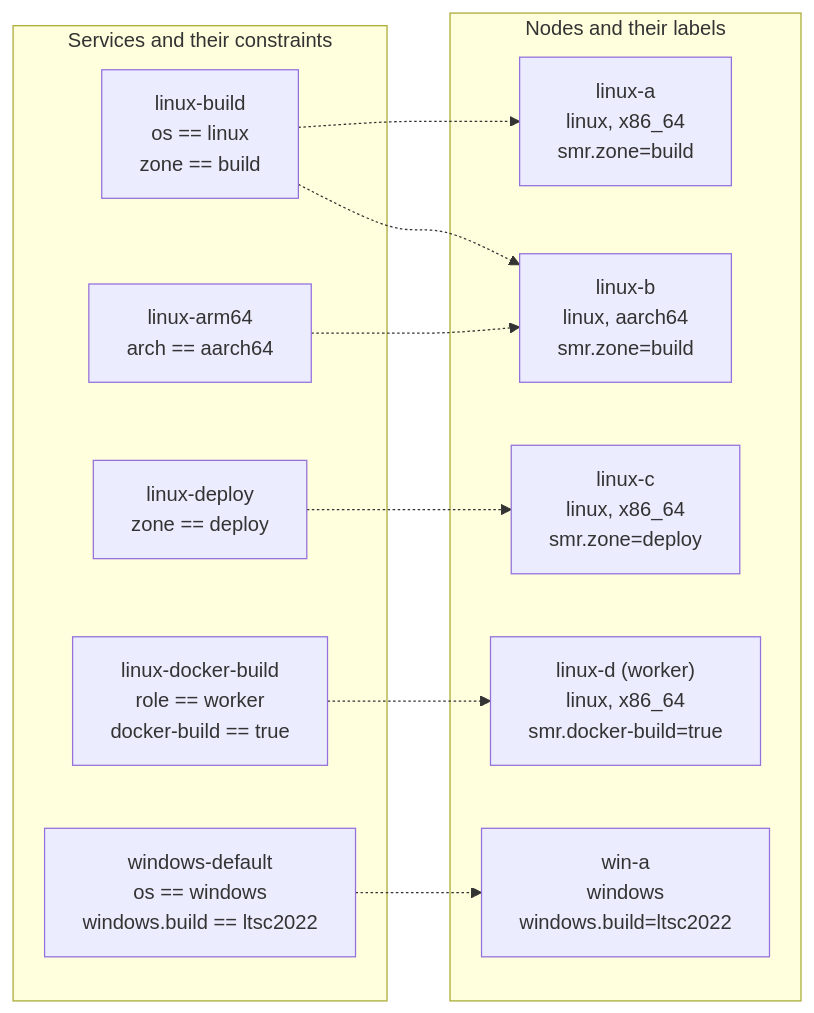
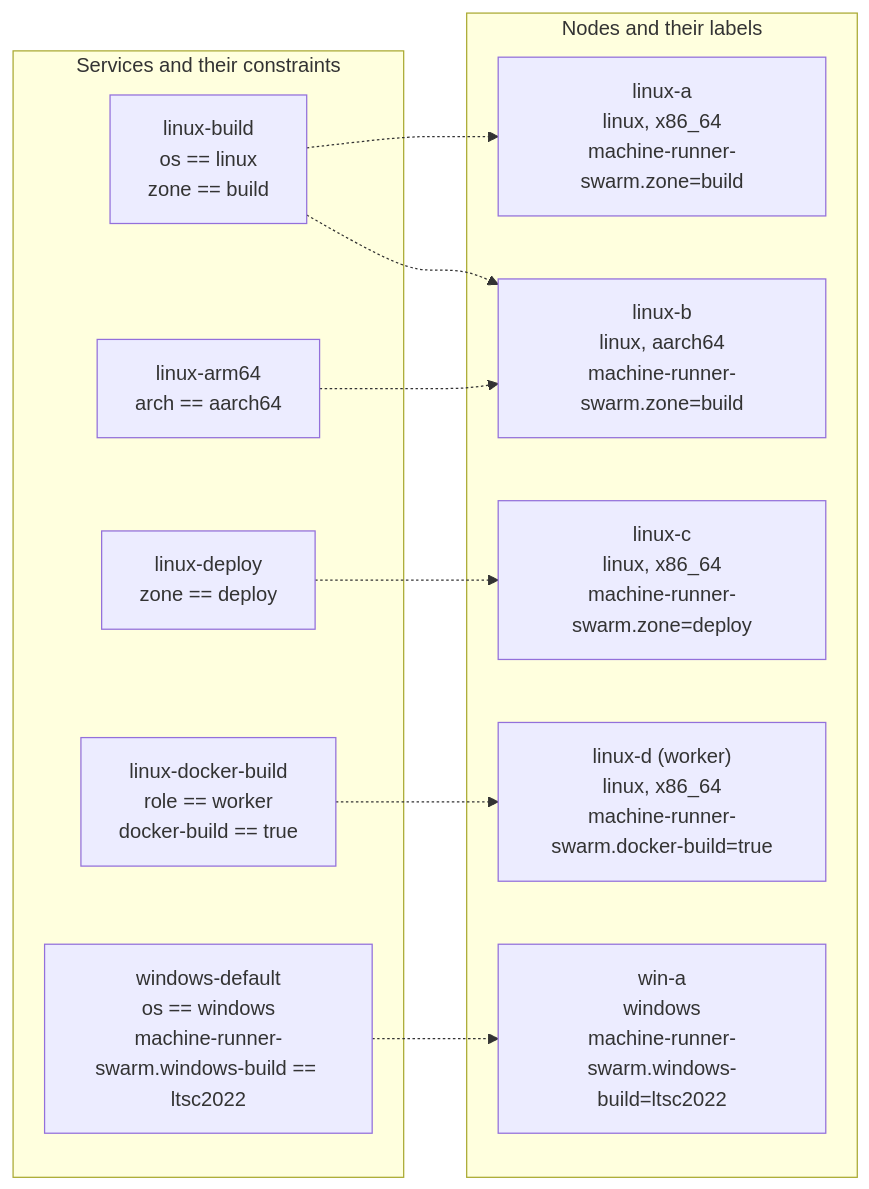
The diagram in docs/multi-node.md (CircleCI-Labs/scalable-machine-runner), drawn with Mermaid before and after one commit. The commit also changed other lines of this file and 75 other files, not shown here.

````diff
--- a/docs/multi-node.md
+++ b/docs/multi-node.md
@@ -13,25 +13,25 @@
 ```mermaid
 flowchart LR
   subgraph nodes["Nodes and their labels"]
-    A["linux-a<br/>linux, x86_64<br/>smr.zone=build"]
-    B["linux-b<br/>linux, aarch64<br/>smr.zone=build"]
-    C["linux-c<br/>linux, x86_64<br/>smr.zone=deploy"]
-    D["linux-d (worker)<br/>linux, x86_64<br/>smr.docker-build=true"]
-    W["win-a<br/>windows<br/>windows.build=ltsc2022"]
+    A["linux-a<br/>linux, x86_64<br/>machine-runner-swarm.zone=build"]
+    B["linux-b<br/>linux, aarch64<br/>machine-runner-swarm.zone=build"]
+    C["linux-c<br/>linux, x86_64<br/>machine-runner-swarm.zone=deploy"]
+    D["linux-d (worker)<br/>linux, x86_64<br/>machine-runner-swarm.docker-build=true"]
+    W["win-a<br/>windows<br/>machine-runner-swarm.windows-build=ltsc2022"]
   end
 
   subgraph services["Services and their constraints"]
     S1["linux-build<br/>os == linux<br/>zone == build"]
     S2["linux-arm64<br/>arch == aarch64"]
     S3["linux-deploy<br/>zone == deploy"]
     S4["linux-docker-build<br/>role == worker<br/>docker-build == true"]
-    S5["windows-default<br/>os == windows<br/>windows.build == ltsc2022"]
+    S5["windows-default<br/>os == windows<br/>machine-runner-swarm.windows-build == ltsc2022"]
   end
 
   S1 -.-> A
   S1 -.-> B
   S2 -.-> B
   S3 -.-> C
   S4 -.-> D
   S5 -.-> W
 ```
````
